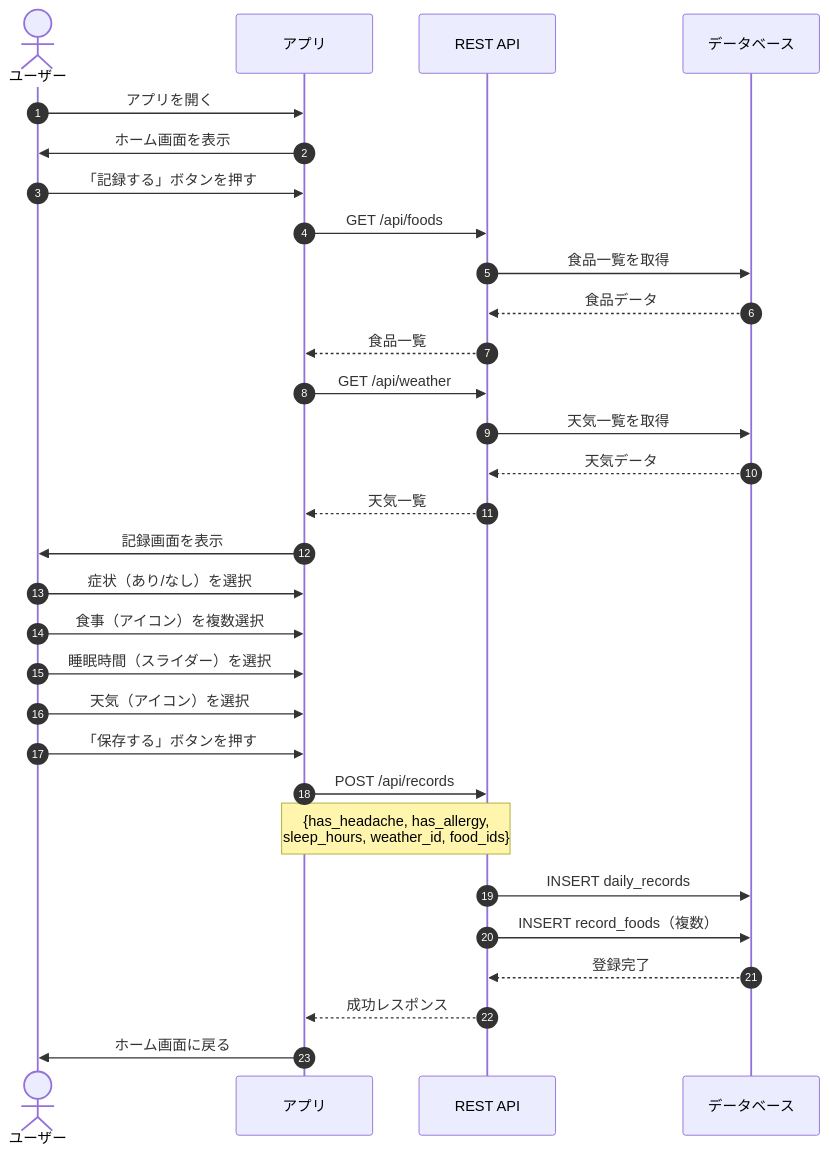
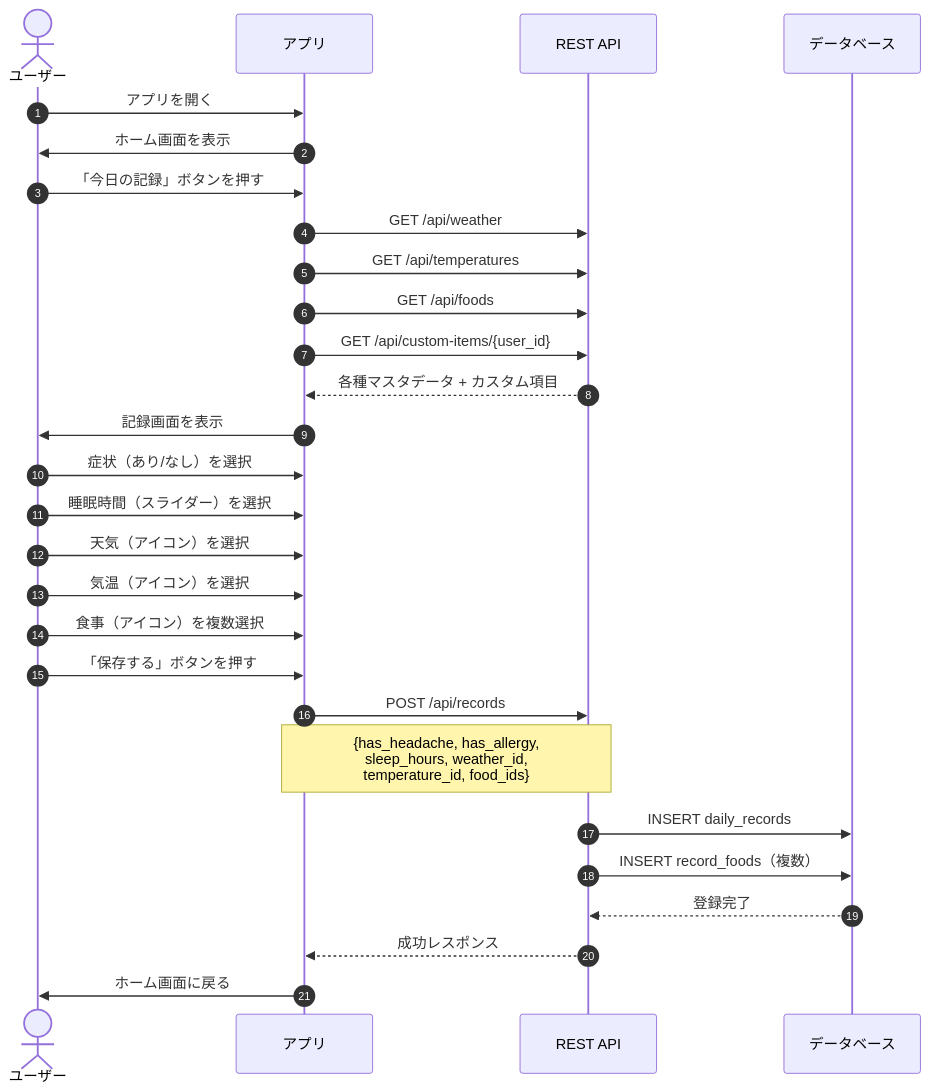
The first of 15 diagrams in document/APP/sequence.md (Syota622/TriggerSearch), drawn with Mermaid before and after one commit. The commit also changed other lines of this file and 3 other files, not shown here.

````diff
--- a/document/APP/sequence.md
+++ b/document/APP/sequence.md
@@ -9,37 +9,35 @@
 ```mermaid
 sequenceDiagram
     autonumber
     actor User as ユーザー
     participant App as アプリ
     participant API as REST API
     participant DB as データベース
 
     User->>App: アプリを開く
     App->>User: ホーム画面を表示
     
-    User->>App: 「記録する」ボタンを押す
+    User->>App: 「今日の記録」ボタンを押す
+    App->>API: GET /api/weather
+    App->>API: GET /api/temperatures
     App->>API: GET /api/foods
-    API->>DB: 食品一覧を取得
-    DB-->>API: 食品データ
-    API-->>App: 食品一覧
-    App->>API: GET /api/weather
-    API->>DB: 天気一覧を取得
-    DB-->>API: 天気データ
-    API-->>App: 天気一覧
+    App->>API: GET /api/custom-items/{user_id}
+    API-->>App: 各種マスタデータ + カスタム項目
     App->>User: 記録画面を表示
 
     User->>App: 症状（あり/なし）を選択
-    User->>App: 食事（アイコン）を複数選択
     User->>App: 睡眠時間（スライダー）を選択
     User->>App: 天気（アイコン）を選択
+    User->>App: 気温（アイコン）を選択
+    User->>App: 食事（アイコン）を複数選択
     User->>App: 「保存する」ボタンを押す
     
     App->>API: POST /api/records
-    Note over App,API: {has_headache, has_allergy,<br/>sleep_hours, weather_id, food_ids}
+    Note over App,API: {has_headache, has_allergy,<br/>sleep_hours, weather_id,<br/>temperature_id, food_ids}
     API->>DB: INSERT daily_records
     API->>DB: INSERT record_foods（複数）
     DB-->>API: 登録完了
     API-->>App: 成功レスポンス
     
     App->>User: ホーム画面に戻る
 ```
````
